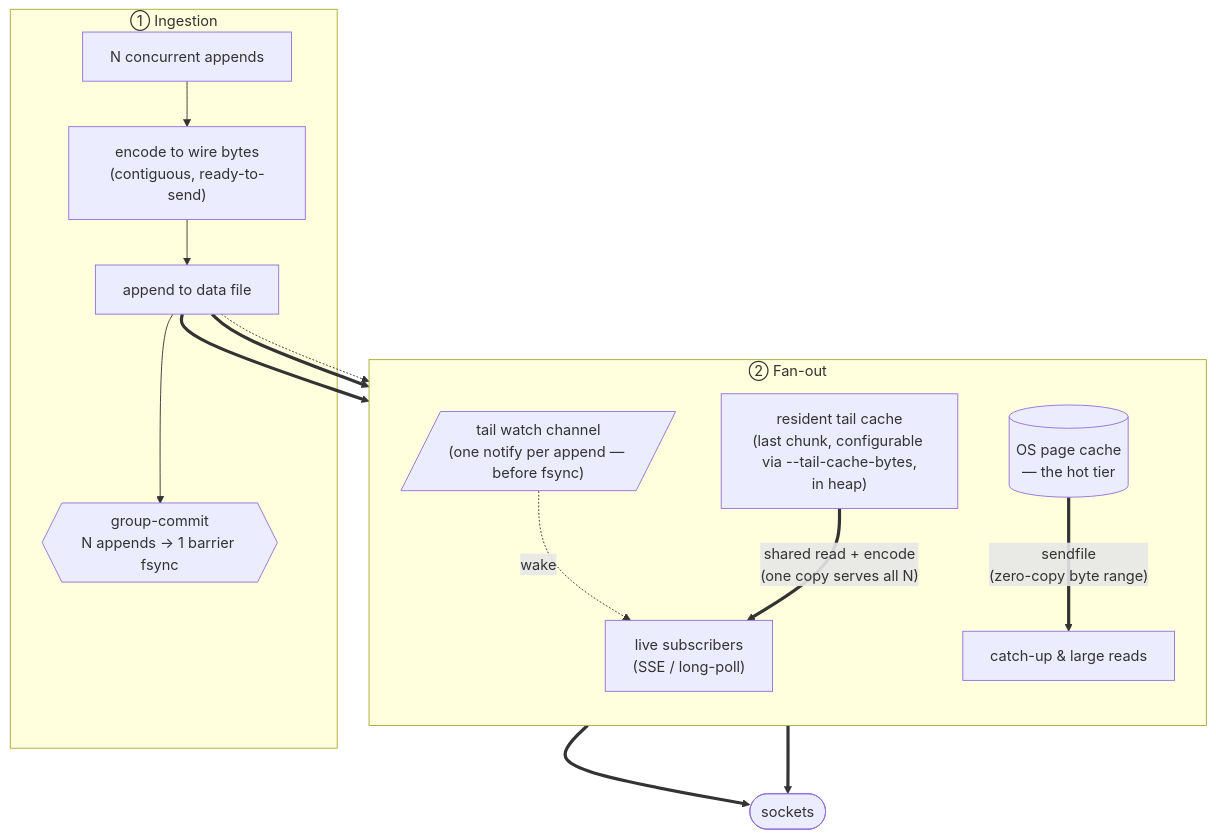
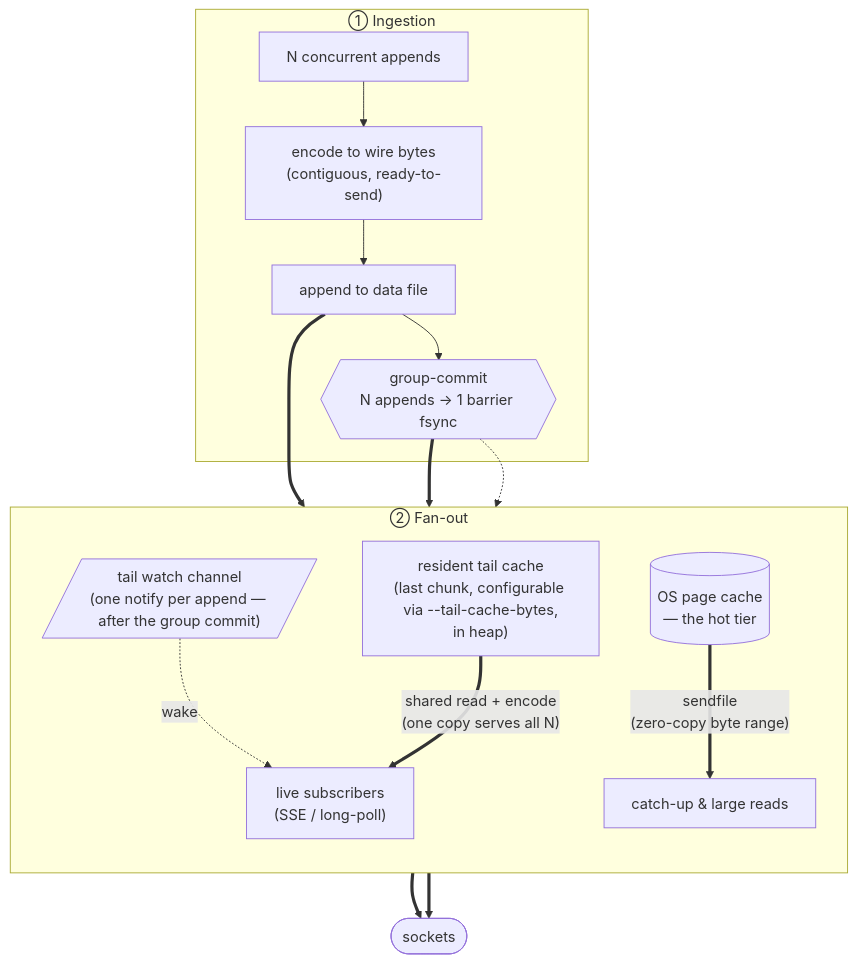
One commit to electric-sql/electric changed the second of 3 diagrams in packages/durable-streams-rust/ARCHITECTURE.md. Above: the diagram before and after it, drawn with Mermaid. The commit also changed other lines of this file and 4 other files, not shown here.

First line of the commit message:
docs(wal): crash-sim findings, changeset, fix stale visibility claims in ARCHITECTURE.md

````diff
--- a/packages/durable-streams-rust/ARCHITECTURE.md
+++ b/packages/durable-streams-rust/ARCHITECTURE.md
@@ -134,22 +134,22 @@
 ```mermaid
 flowchart TB
   subgraph ING["① Ingestion"]
     A1["N concurrent appends"] --> A2["encode to wire bytes<br/>(contiguous, ready-to-send)"]
     A2 --> A3["append to data file"]
     A3 --> A4{{"group-commit<br/>N appends → 1 barrier fsync"}}
   end
 
   A3 ==> PC[("OS page cache<br/>— the hot tier")]
-  A3 ==> RC["resident tail cache<br/>(last chunk, configurable via --tail-cache-bytes,<br/>in heap)"]
-  A3 -.-> TW[/"tail watch channel<br/>(one notify per append — before fsync)"/]
+  A4 ==> RC["resident tail cache<br/>(last chunk, configurable via --tail-cache-bytes,<br/>in heap)"]
+  A4 -.-> TW[/"tail watch channel<br/>(one notify per append — after the group commit)"/]
 
   subgraph FAN["② Fan-out"]
     direction TB
     TW -. "wake" .-> SUBS["live subscribers<br/>(SSE / long-poll)"]
     RC ==>|"shared read + encode<br/>(one copy serves all N)"| SUBS
     PC ==>|"sendfile<br/>(zero-copy byte range)"| BIG["catch-up & large reads"]
   end
 
   SUBS ==> SOCK(["sockets"])
   BIG ==> SOCK
 ```
````
